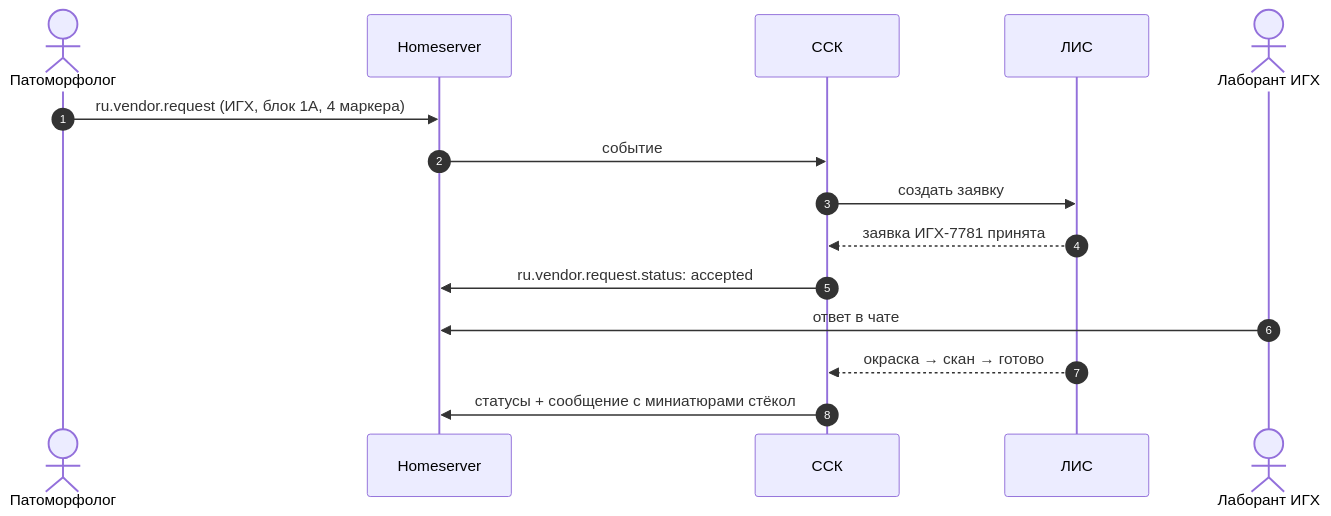
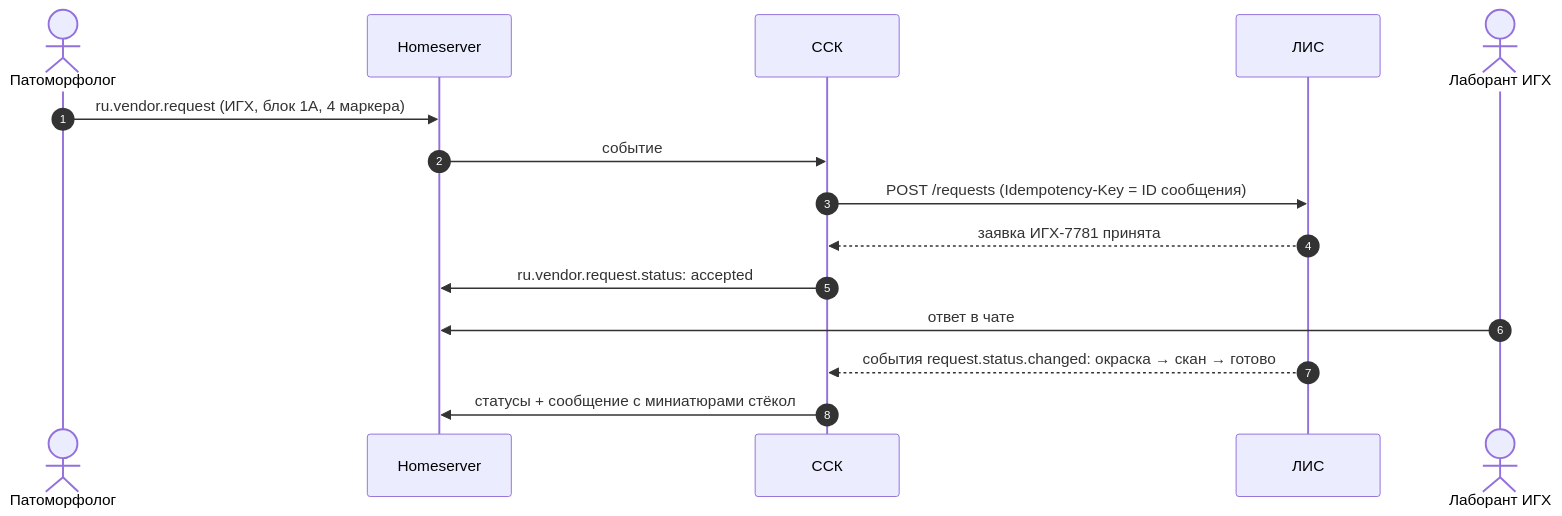
The fourth of 5 diagrams in docs/03-architecture.md (Joesanches/talkarch), drawn with Mermaid before and after one commit. The commit also changed other lines of this file and 47 other files, not shown here.

````diff
--- a/docs/03-architecture.md
+++ b/docs/03-architecture.md
@@ -292,17 +294,17 @@
 ```mermaid
 sequenceDiagram
   autonumber
   actor P as Патоморфолог
   participant HS as Homeserver
   participant C as ССК
   participant L as ЛИС
   actor T as Лаборант ИГХ
   P->>HS: ru.vendor.request (ИГХ, блок 1А, 4 маркера)
   HS->>C: событие
-  C->>L: создать заявку
+  C->>L: POST /requests (Idempotency-Key = ID сообщения)
   L-->>C: заявка ИГХ-7781 принята
   C->>HS: ru.vendor.request.status: accepted
   T->>HS: ответ в чате
-  L-->>C: окраска → скан → готово
+  L-->>C: события request.status.changed: окраска → скан → готово
   C->>HS: статусы + сообщение с миниатюрами стёкол
 ```
````
